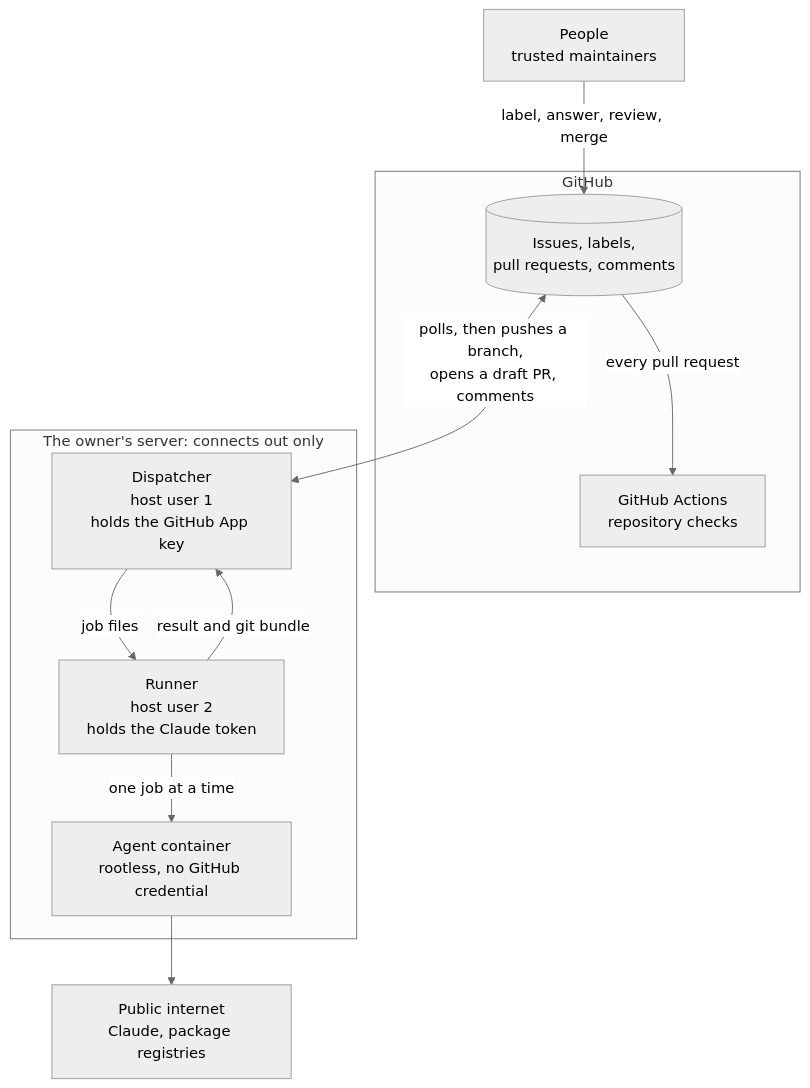
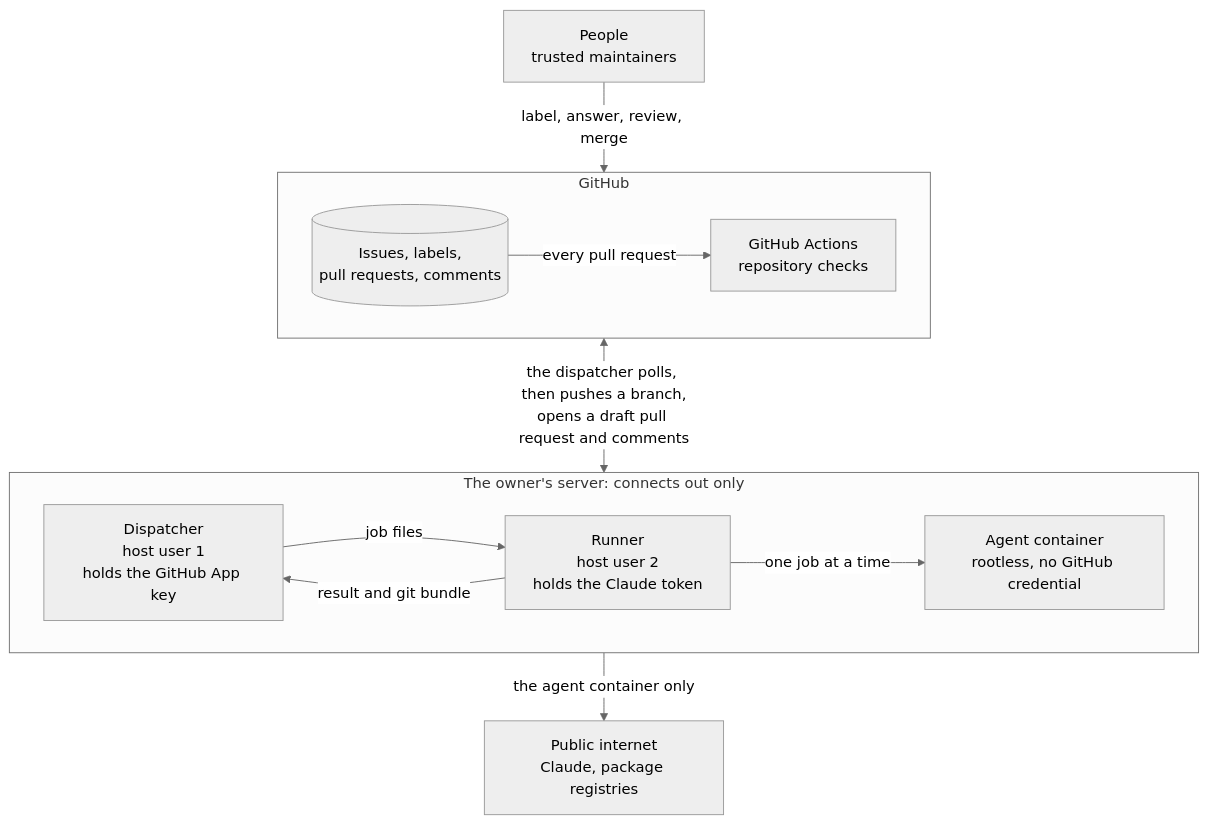
Before and after one commit to Marfusios/ai-apps: the first of 3 diagrams in README.md, drawn with Mermaid (neutral theme).

Commit message:
Arrange the README's overview diagram in four rows, with GitHub and the server each laid out sideways, so it is compact and readable

````diff
--- a/README.md
+++ b/README.md
@@ -22,22 +22,24 @@
 ```mermaid
 flowchart TB
     people["People<br/>trusted maintainers"]
     subgraph gh["GitHub"]
+        direction LR
         issues[("Issues, labels,<br/>pull requests, comments")]
         checks["GitHub Actions<br/>repository checks"]
+        issues -- "every pull request" --> checks
     end
     subgraph host["The owner's server: connects out only"]
+        direction LR
         dispatcher["Dispatcher<br/>host user 1<br/>holds the GitHub App key"]
         runner["Runner<br/>host user 2<br/>holds the Claude token"]
         agent["Agent container<br/>rootless, no GitHub credential"]
+        dispatcher -- "job files" --> runner
+        runner -- "result and git bundle" --> dispatcher
+        runner -- "one job at a time" --> agent
     end
     internet["Public internet<br/>Claude, package registries"]
 
-    people -- "label, answer, review, merge" --> issues
-    issues -- "every pull request" --> checks
-    issues <-- "polls, then pushes a branch,<br/>opens a draft PR, comments" --> dispatcher
-    dispatcher -- "job files" --> runner
-    runner -- "result and git bundle" --> dispatcher
-    runner -- "one job at a time" --> agent
-    agent --> internet
+    people -- "label, answer, review, merge" --> gh
+    gh <-- "the dispatcher polls, then pushes a branch,<br/>opens a draft pull request and comments" --> host
+    host -- "the agent container only" --> internet
 ```
````
